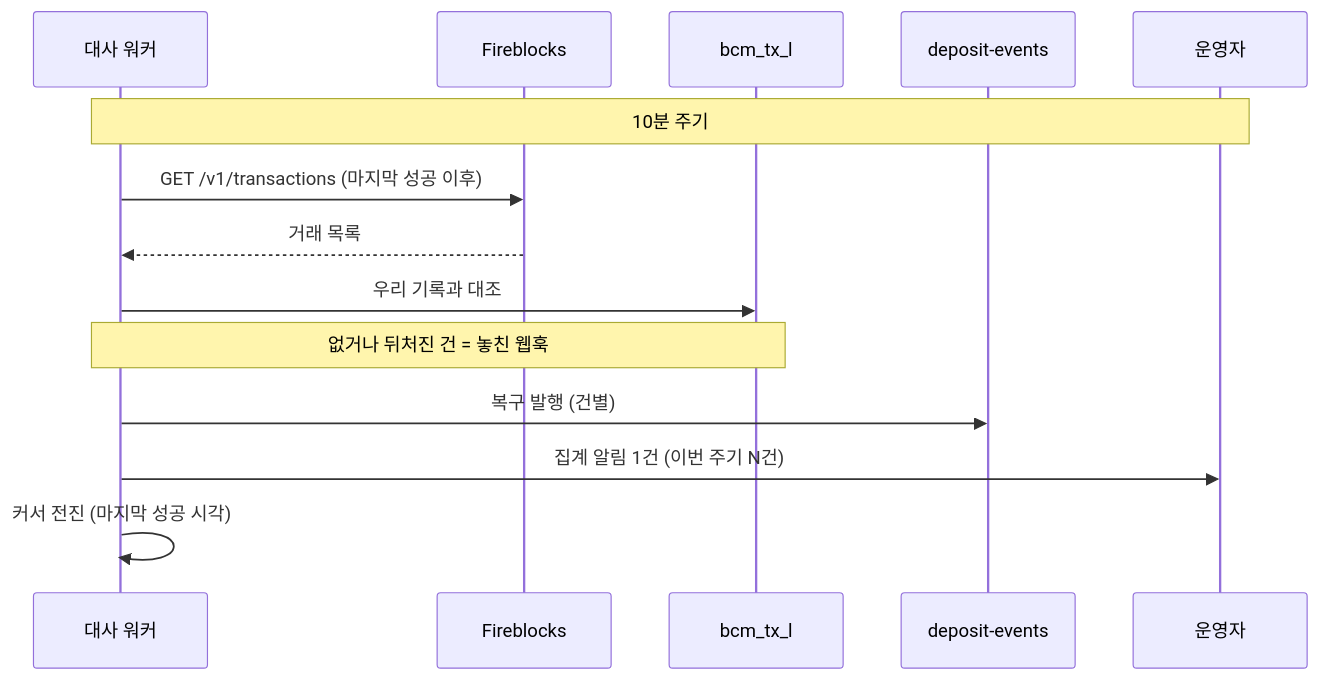
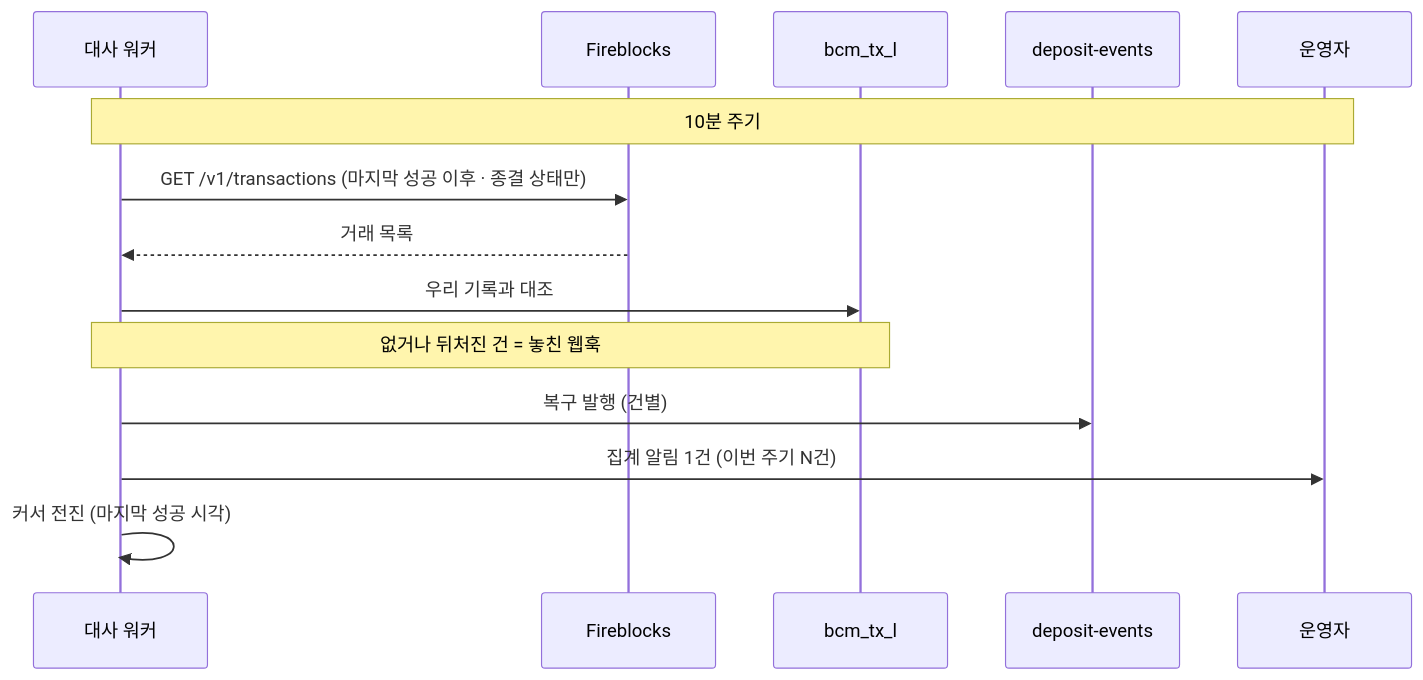
One commit to eunsujeo/eunpus changed the fourth of 4 diagrams in blockchain-manager/docs/BC/설계/99-detection-detail.md. Above: the diagram before and after it, drawn with Mermaid. The commit also changed other lines of this file and 9 other files, not shown here.

````diff
--- a/blockchain-manager/docs/BC/설계/99-detection-detail.md
+++ b/blockchain-manager/docs/BC/설계/99-detection-detail.md
@@ -249,17 +279,17 @@
 ```mermaid
 sequenceDiagram
   participant J as 대사 워커
   participant F as Fireblocks
   participant T as bcm_tx_l
   participant Q as deposit-events
   participant OP as 운영자
 
   Note over J,OP: 10분 주기
-  J->>F: GET /v1/transactions (마지막 성공 이후)
+  J->>F: GET /v1/transactions (마지막 성공 이후 · 종결 상태만)
   F-->>J: 거래 목록
   J->>T: 우리 기록과 대조
   Note over J,T: 없거나 뒤처진 건 = 놓친 웹훅
   J->>Q: 복구 발행 (건별)
   J->>OP: 집계 알림 1건 (이번 주기 N건)
   J->>J: 커서 전진 (마지막 성공 시각)
 ```
````
